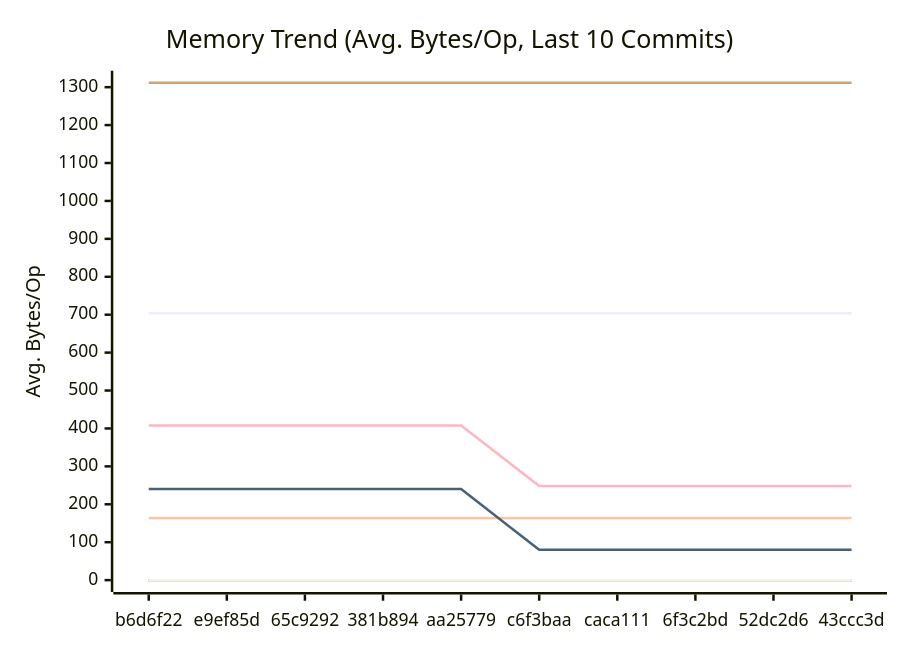
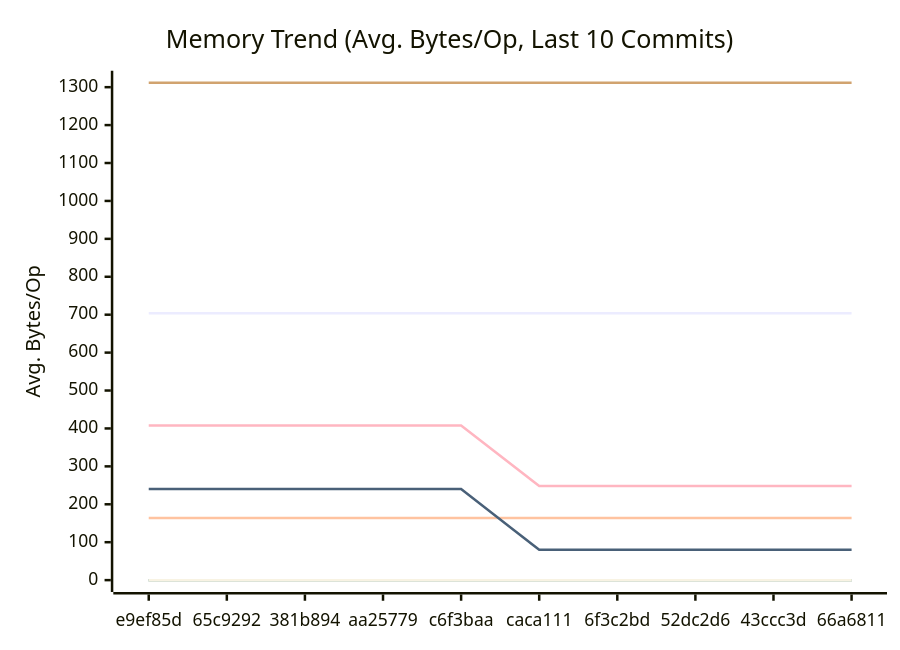
One commit to alsotoes/momo changed the second of 3 diagrams in docs/PERFORMANCE.md. Above: the diagram before and after it, drawn with Mermaid. The commit also changed other lines of this file and 3 other files, not shown here.

````diff
--- a/docs/PERFORMANCE.md
+++ b/docs/PERFORMANCE.md
@@ -152,18 +152,18 @@
 ```mermaid
 xychart-beta
     title "Memory Trend (Avg. Bytes/Op, Last 10 Commits)"
     x-axis "Commit"
     y-axis "Avg. Bytes/Op"
-    x-axis [b6d6f22,e9ef85d,65c9292,381b894,aa25779,c6f3baa,caca111,6f3c2bd,52dc2d6,43ccc3d]
+    x-axis [e9ef85d,65c9292,381b894,aa25779,c6f3baa,caca111,6f3c2bd,52dc2d6,43ccc3d,66a6811]
     line "CheckMetricsAndSwap" [0,0,0,0,0,0,0,0,0,0]
     line "CrushOptimized" [0,0,0,0,0,0,0,0,0,0]
     line "CrushOriginal" [164,164,164,164,164,164,164,164,164,164]
     line "IndexDirectTracking" [0,0,0,0,0,0,0,0,0,0]
     line "IndexSearch" [0,0,0,0,0,0,0,0,0,0]
     line "LoadGlobalConfig" [1312,1312,1312,1312,1312,1312,1312,1312,1312,1312]
     line "PadString" [0,0,0,0,0,0,0,0,0,0]
     line "ParseReplicationOrder_NoPrealloc" [408,408,408,408,408,248,248,248,248,248]
     line "ParseReplicationOrder_Prealloc" [240,240,240,240,240,80,80,80,80,80]
     line "SanitizeLog/Safe" [0,0,0,0,0,0,0,0,0,0]
     line "SanitizeLog/Unsafe" [704,704,704,704,704,704,704,704,704,704]
 ```
````
